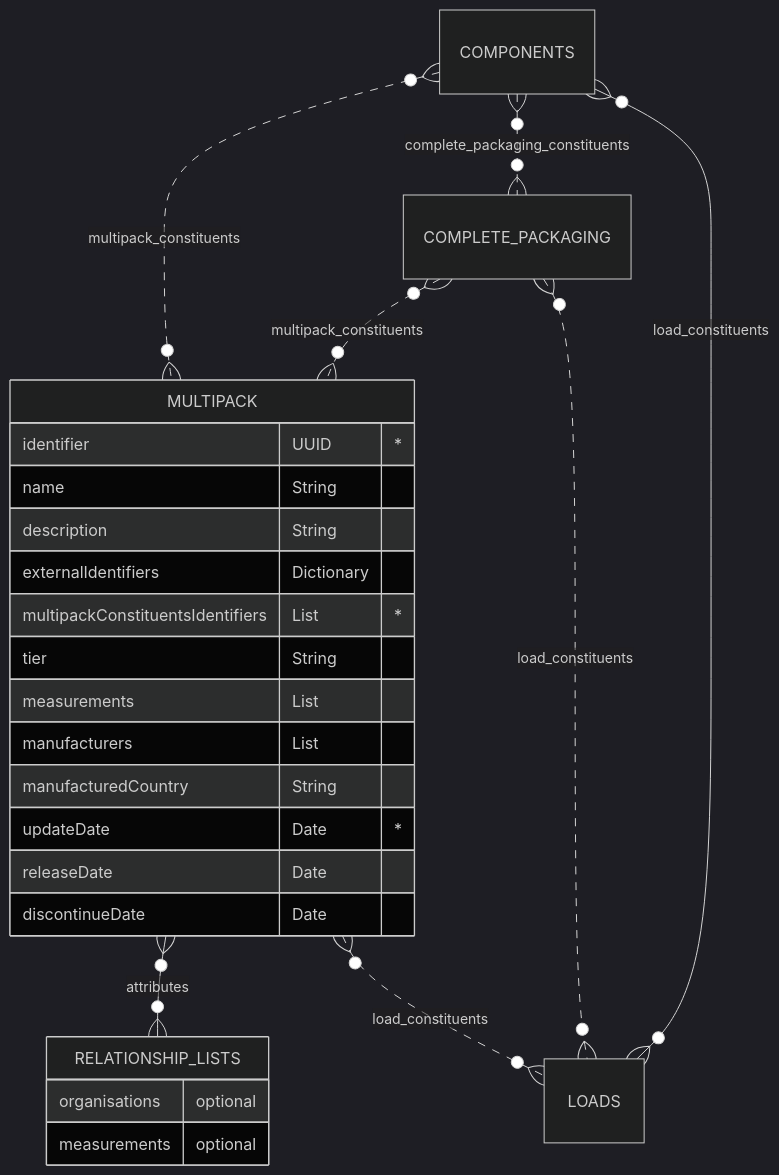
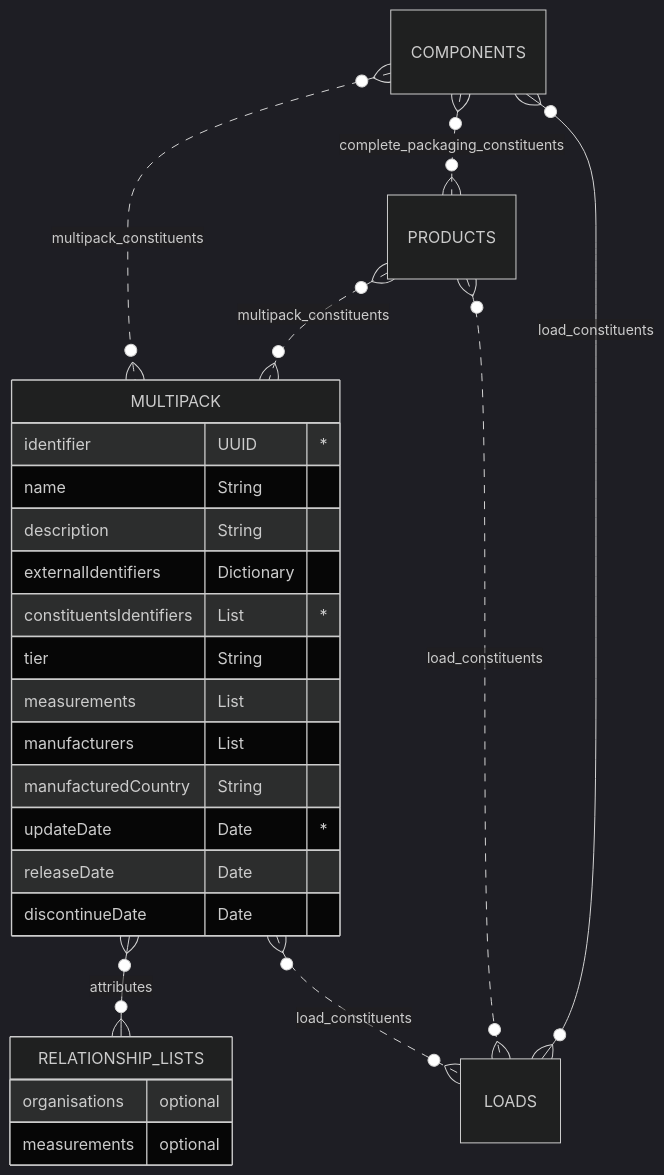
One commit to OpenDataManchester/OSTFD changed the diagram in docs/schema/multipacks.md. Above: the diagram before and after it, drawn with Mermaid (dark theme). The commit also changed other lines of this file and 46 other files, not shown here.

````diff
--- a/docs/schema/multipacks.md
+++ b/docs/schema/multipacks.md
@@ -33,28 +33,28 @@
 ``` mermaid
 erDiagram
 COMPONENTS }o..o{ MULTIPACK : multipack_constituents
-COMPONENTS }o..o{ COMPLETE_PACKAGING : complete_packaging_constituents
-COMPLETE_PACKAGING }o..o{ MULTIPACK : multipack_constituents
+COMPONENTS }o..o{ PRODUCTS : complete_packaging_constituents
+PRODUCTS }o..o{ MULTIPACK : multipack_constituents
   MULTIPACK {
     identifier UUID "*"
     name String
     description String
     externalIdentifiers Dictionary
-    multipackConstituentsIdentifiers List "*"
+    constituentsIdentifiers List "*"
     tier String
     measurements List
     manufacturers List
     manufacturedCountry String
     updateDate Date "*"
     releaseDate Date
     discontinueDate Date
   }
   MULTIPACK }o--o{ RELATIONSHIP_LISTS : attributes
-  COMPLETE_PACKAGING }o..o{ LOADS : load_constituents
+  PRODUCTS }o..o{ LOADS : load_constituents
   MULTIPACK }o..o{ LOADS : load_constituents
   COMPONENTS }o--o{ LOADS : load_constituents
       RELATIONSHIP_LISTS {
         organisations optional
         measurements optional
     }
 ```
````
